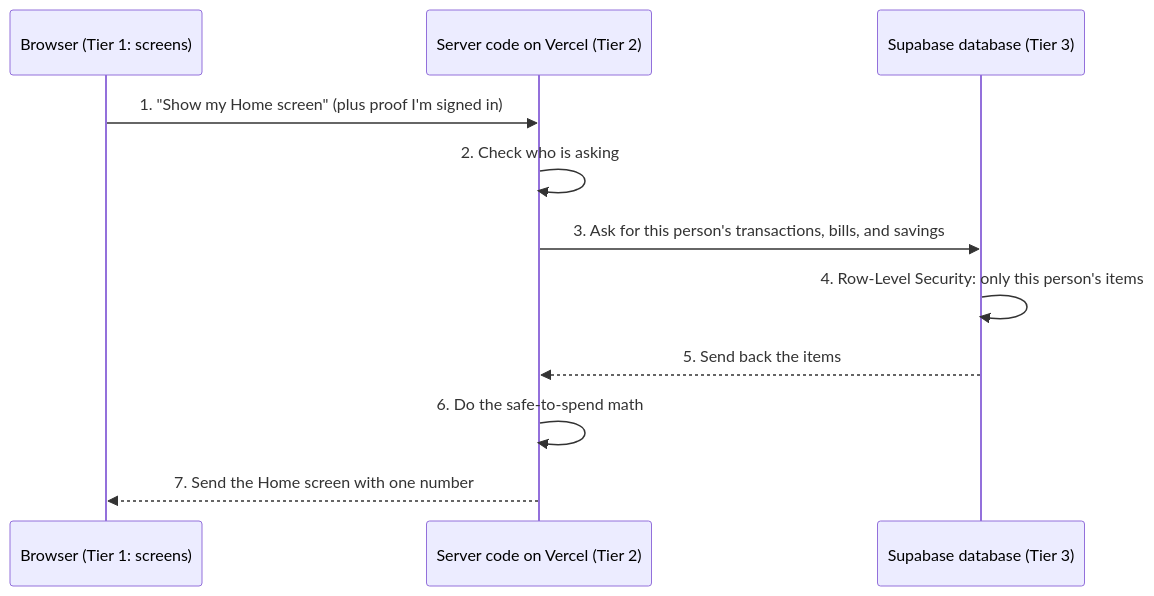
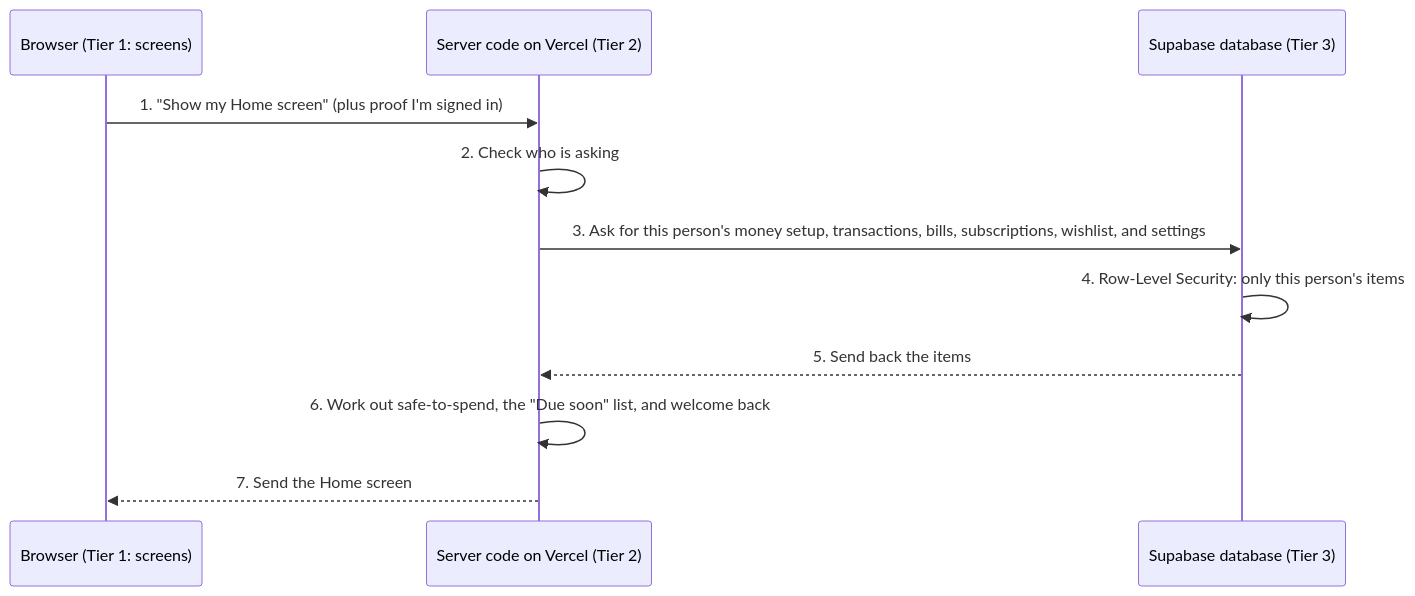
One commit to this-is-really-lily/Week-3-ADHD-Budgeting-App changed the diagram in docs/architecture.md. Above: the diagram before and after it, drawn with Mermaid. The commit also changed other lines of this file and 3 other files, not shown here.

````diff
--- a/docs/architecture.md
+++ b/docs/architecture.md
@@ -114,13 +152,13 @@
 ```mermaid
 sequenceDiagram
     participant B as Browser (Tier 1: screens)
     participant S as Server code on Vercel (Tier 2)
     participant D as Supabase database (Tier 3)
     B->>S: 1. "Show my Home screen" (plus proof I'm signed in)
     S->>S: 2. Check who is asking
-    S->>D: 3. Ask for this person's transactions, bills, and savings
+    S->>D: 3. Ask for this person's money setup, transactions, bills, subscriptions, wishlist, and settings
     D->>D: 4. Row-Level Security: only this person's items
     D-->>S: 5. Send back the items
-    S->>S: 6. Do the safe-to-spend math
-    S-->>B: 7. Send the Home screen with one number
+    S->>S: 6. Work out safe-to-spend, the "Due soon" list, and welcome back
+    S-->>B: 7. Send the Home screen
 ```
````
